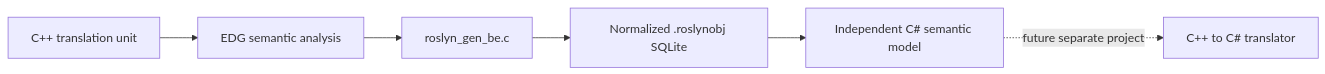
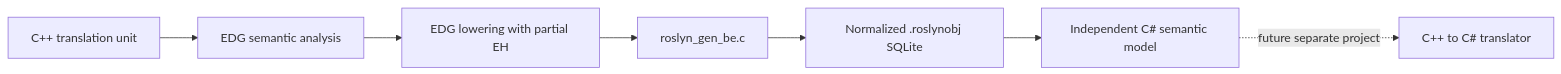
Before and after one commit to marius-klimantavicius/dotcc: the diagram in edgcpp/roslyn-design/README.md, drawn with Mermaid. The commit also changed other lines of this file and 5 other files, not shown here.

Commit message:
docs: revise roslynobj API and EDG lowering strategy

````diff
--- a/edgcpp/roslyn-design/README.md
+++ b/edgcpp/roslyn-design/README.md
@@ -13,8 +19,9 @@
 ```mermaid
 flowchart LR
     A["C++ translation unit"] --> B["EDG semantic analysis"]
-    B --> C["roslyn_gen_be.c"]
+    B --> L["EDG lowering with partial EH"]
+    L --> C["roslyn_gen_be.c"]
     C --> D["Normalized .roslynobj SQLite"]
     D --> E["Independent C# semantic model"]
     E -. "future separate project" .-> F["C++ to C# translator"]
 ```
````
